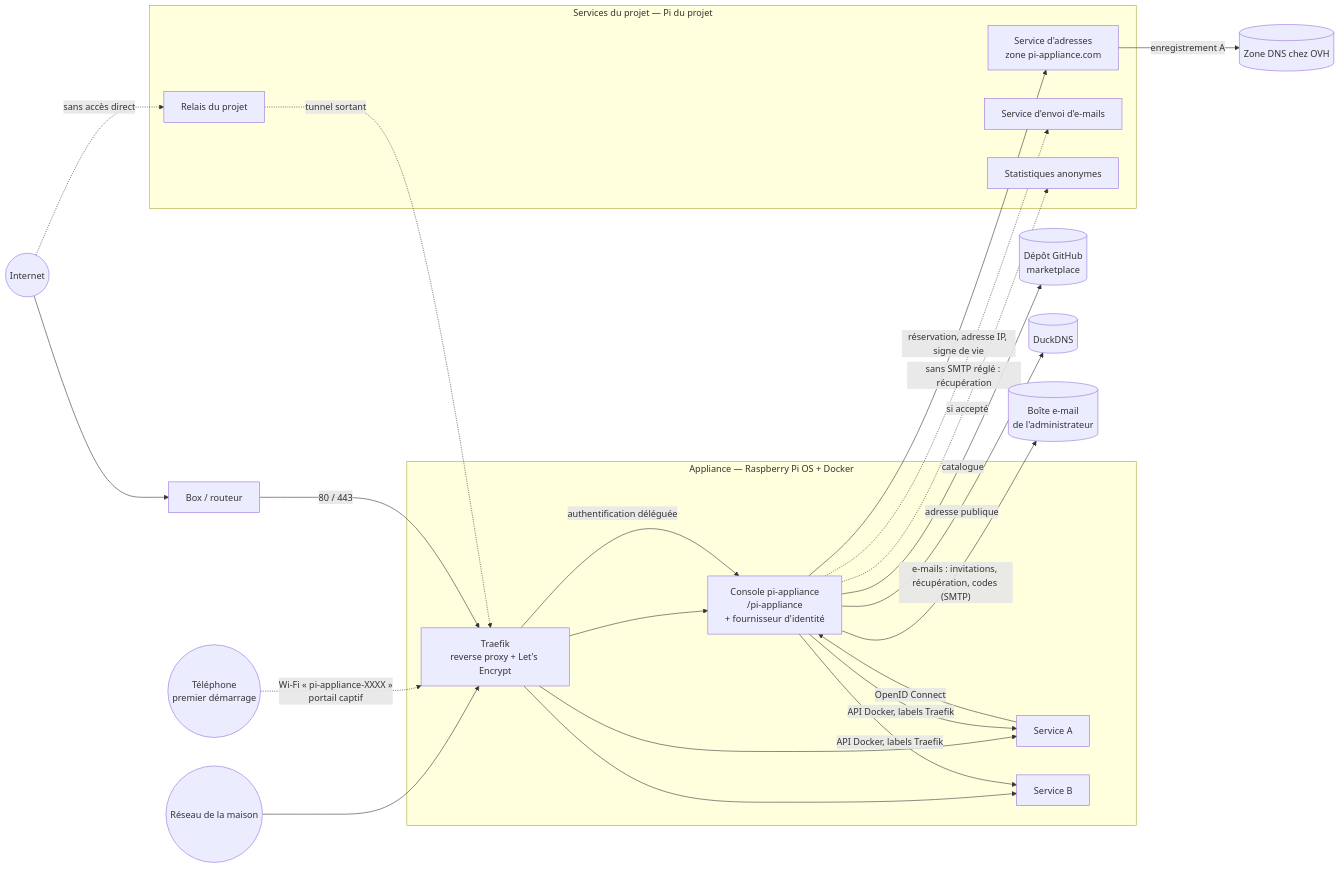
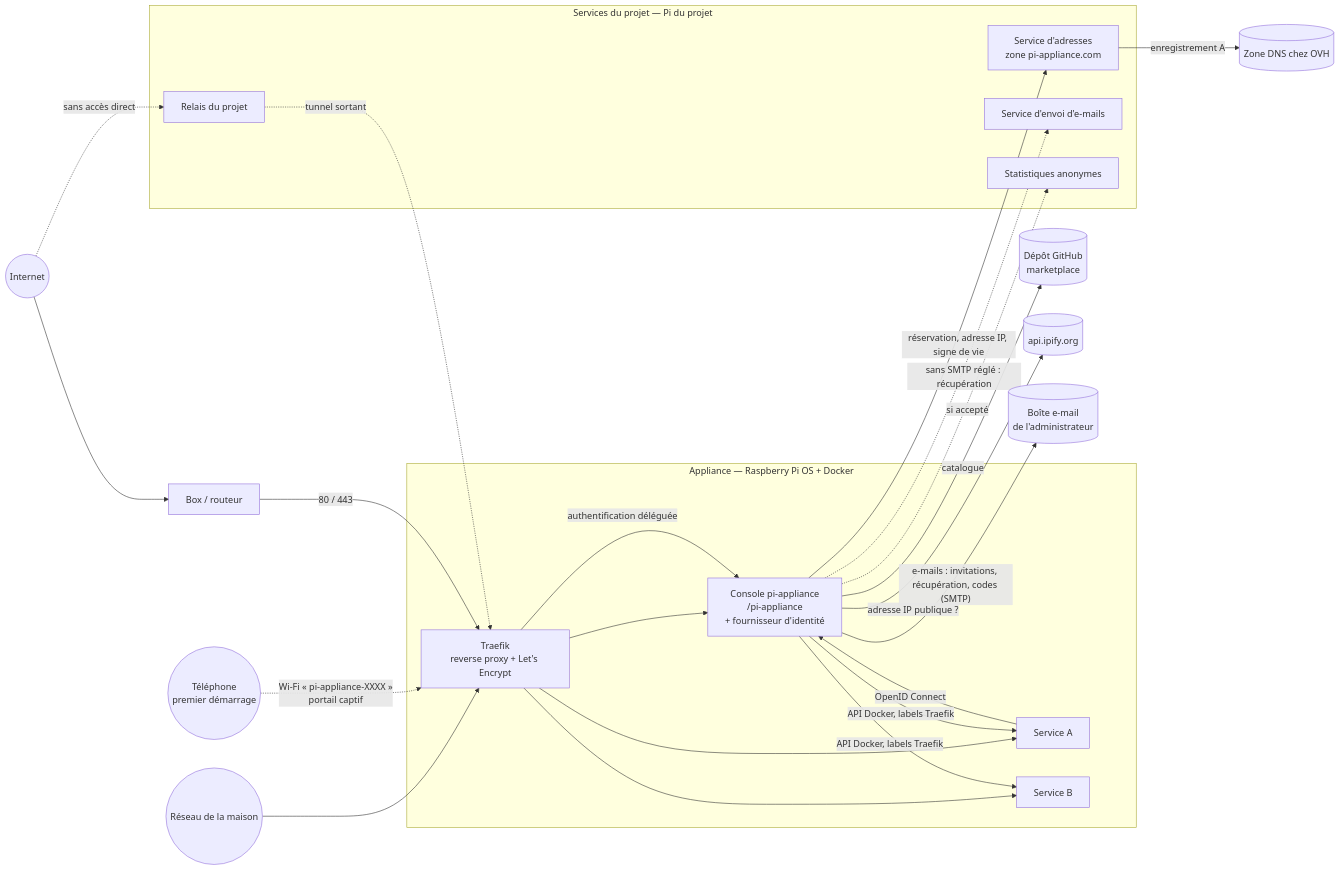
The diagram in docs/specification.md (gmoulard/pi-appliance), drawn with Mermaid before and after one commit. The commit also changed other lines of this file and 33 other files, not shown here.

First line of the commit message:
TODO-3.21 : DuckDNS retiré, l'adresse pi-appliance.com seule tenue à jour

````diff
--- a/docs/specification.md
+++ b/docs/specification.md
@@ -715,35 +715,35 @@
 ```mermaid
 flowchart LR
     Internet((Internet)) --> Box[Box / routeur]
     Internet -. "sans accès direct" .-> Relais[Relais du projet]
     Relais -. "tunnel sortant" .-> Traefik
     LAN((Réseau de la maison)) --> Traefik
     Telephone((Téléphone<br/>premier démarrage)) -. "Wi-Fi « pi-appliance-XXXX »<br/>portail captif" .-> Traefik
     Box -- "80 / 443" --> Traefik
     subgraph Pi["Appliance — Raspberry Pi OS + Docker"]
         Traefik[Traefik<br/>reverse proxy + Let's Encrypt]
         Console[Console pi-appliance<br/>/pi-appliance<br/>+ fournisseur d'identité]
         S1[Service A]
         S2[Service B]
         Traefik --> Console
         Traefik --> S1
         Traefik --> S2
         Traefik -- "authentification déléguée" --> Console
         S1 -- "OpenID Connect" --> Console
         Console -- "API Docker, labels Traefik" --> S1
         Console -- "API Docker, labels Traefik" --> S2
     end
     subgraph Projet["Services du projet — Pi du projet"]
         Adresses[Service d'adresses<br/>zone pi-appliance.com]
         Relais
         Mail[Service d'envoi d'e-mails]
         Stats[Statistiques anonymes]
     end
     Console -- "catalogue" --> Catalogue[(Dépôt GitHub<br/>marketplace)]
-    Console -- "adresse publique" --> DDNS[(DuckDNS)]
+    Console -- "adresse IP publique ?" --> IPify[(api.ipify.org)]
     Console -- "réservation, adresse IP, signe de vie" --> Adresses
     Console -- "e-mails : invitations, récupération, codes (SMTP)" --> Boite[(Boîte e-mail<br/>de l'administrateur)]
     Console -. "sans SMTP réglé : récupération" .-> Mail
     Console -. "si accepté" .-> Stats
     Adresses -- "enregistrement A" --> OVH[(Zone DNS chez OVH)]
 ```
````
